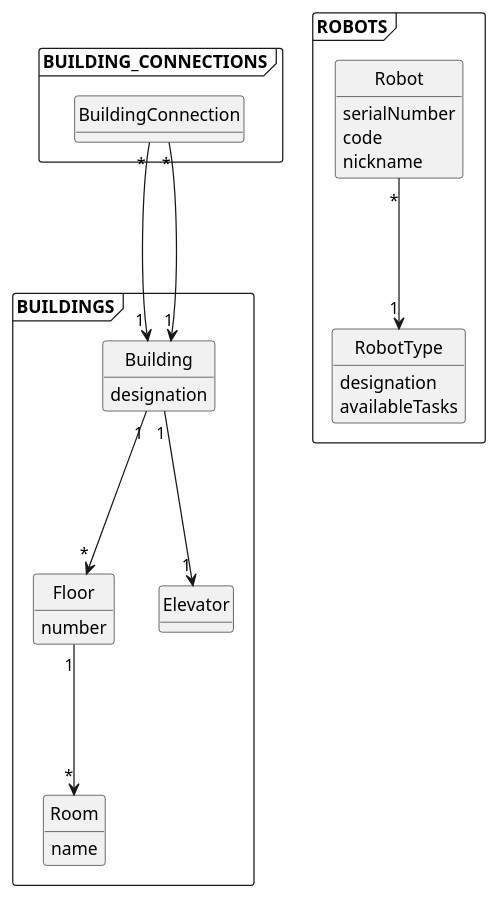
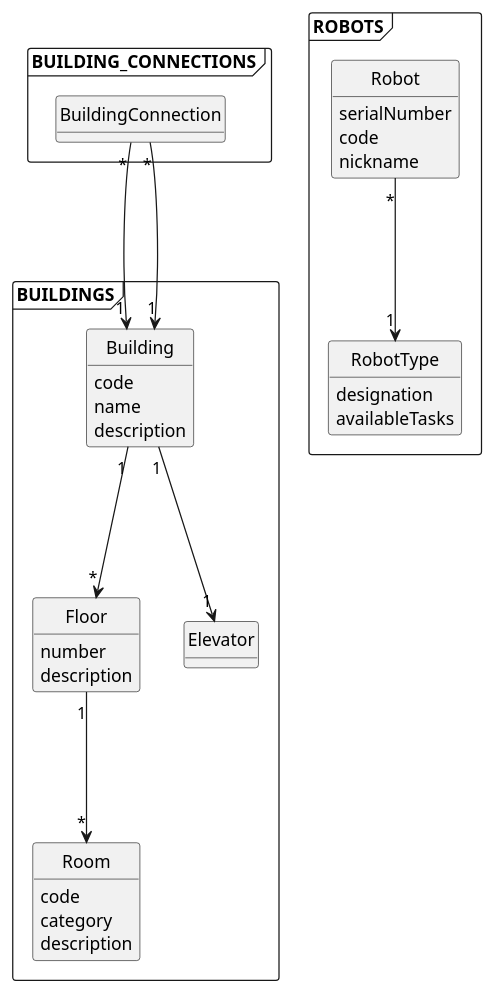
One commit to 1201293/sem5pi-23-24-68 changed the diagram in docs/domainModel.puml. Above: the diagram before and after it, drawn with PlantUML. The commit also changed 3 other files, not shown here.

Commit message:
Added the sequence-diagram model and started the us150 documentation

```diff
--- a/docs/domainModel.puml
+++ b/docs/domainModel.puml
@@ -1,61 +1,66 @@
 @startuml
 'https://plantuml.com/class-diagram
 
 hide methods
 hide circles
 
 
 frame BUILDINGS{
   class Building{
-    designation
+    code
+    name
+    description
   }
 
   class Floor{
     number
+    description
   }
 
   class Room{
-    name
+    code
+    category
+    description
   }
 
   class Elevator{
 
   }
 
 }
 
 frame BUILDING_CONNECTIONS{
   class BuildingConnection{
    
   }
 }
 
 frame ROBOTS{
   class RobotType{
     designation
     availableTasks
   }
 
   class Robot{
     serialNumber
     code
     nickname
   }
 }
 
 
 Robot "*" ---> "1" RobotType
 
 BuildingConnection "*" ---> "1" Building
 
 BuildingConnection "*" ---> "1" Building
 
 
 Building "1" ---> "1" Elevator
 Building "1" ---> "*" Floor
 Floor "1" ---> "*" Room
 
 
 
 
 @enduml
```
